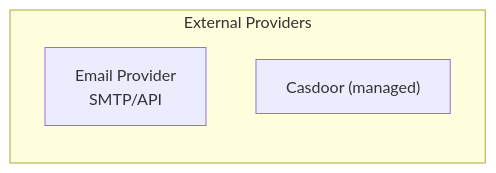
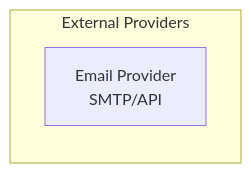
The ninth of 10 diagrams in docs/architecture/tech-stack.md (otuskotlin/202602-ok-marketplace), drawn with Mermaid before and after one commit. The commit also changed other lines of this file and 4 other files, not shown here.

````diff
--- a/docs/architecture/tech-stack.md
+++ b/docs/architecture/tech-stack.md
@@ -170,7 +197,6 @@
 ```mermaid
 graph LR
     subgraph "External Providers"
         Email["Email Provider<br/>SMTP/API"]
-        IdP["Casdoor (managed)"]
     end
 ```
````
